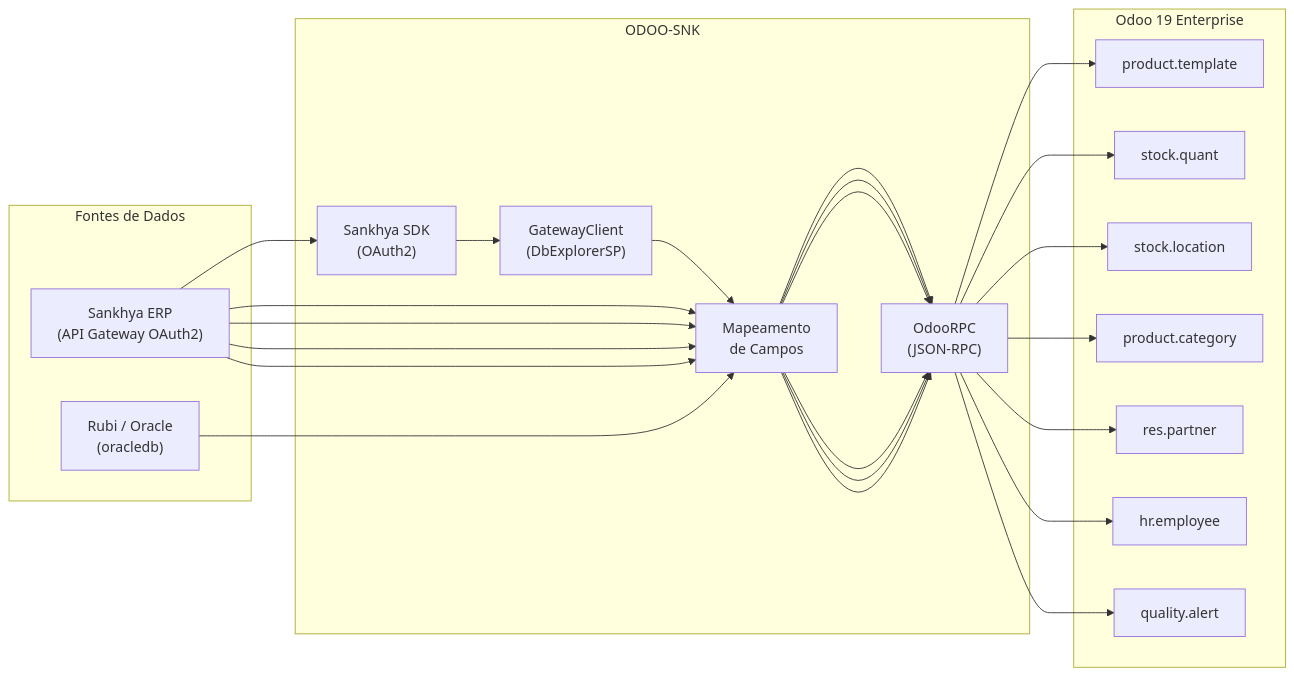
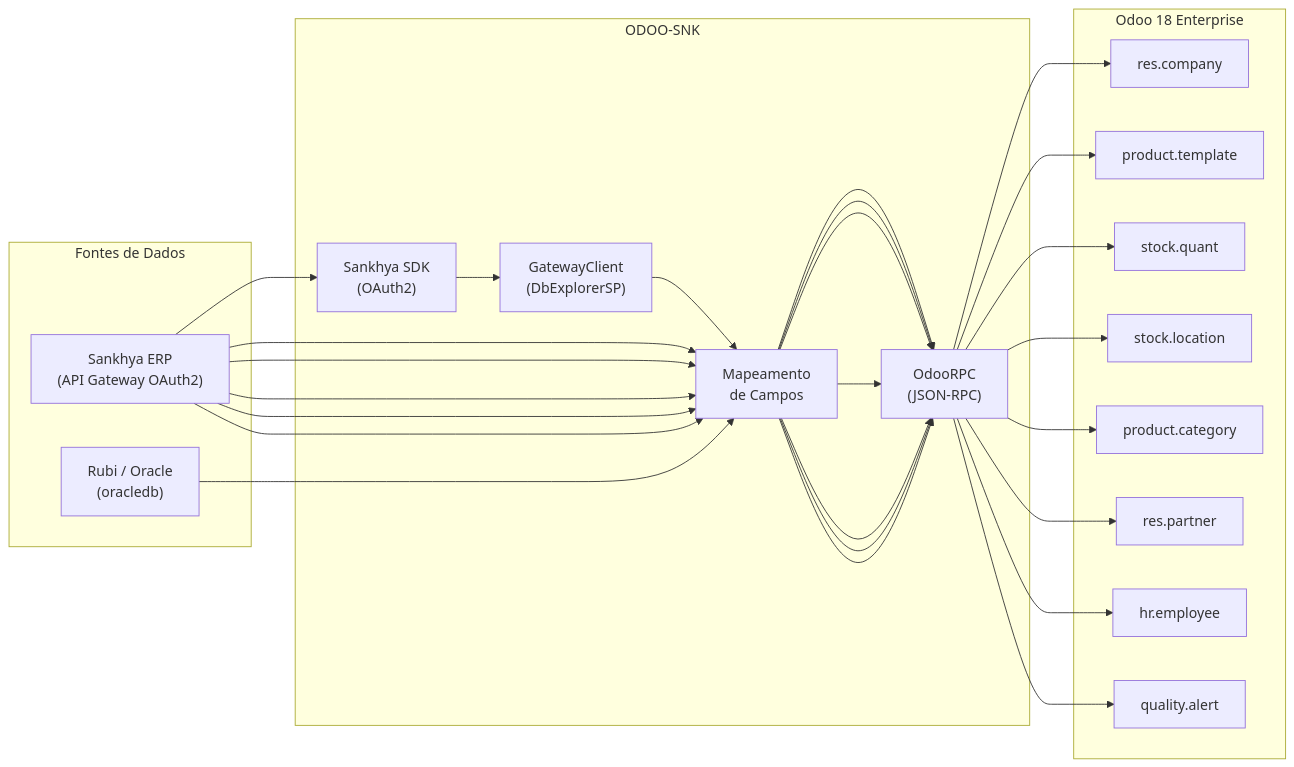
Before and after one commit to ssmvictor/ODOO-SNK: the diagram in docs/arquitetura.md, drawn with Mermaid. The commit also changed other lines of this file and 7 other files, not shown here.

````diff
--- a/docs/arquitetura.md
+++ b/docs/arquitetura.md
@@ -9,32 +9,34 @@
 ```mermaid
 flowchart LR
     subgraph Fontes["Fontes de Dados"]
         SNK["Sankhya ERP\n(API Gateway OAuth2)"]
         ORA["Rubi / Oracle\n(oracledb)"]
     end
 
     subgraph Script["ODOO-SNK"]
         SDK["Sankhya SDK\n(OAuth2)"]
         GW["GatewayClient\n(DbExplorerSP)"]
         MAP["Mapeamento\nde Campos"]
         RPC["OdooRPC\n(JSON-RPC)"]
     end
 
-    subgraph Odoo["Odoo 19 Enterprise"]
+    subgraph Odoo["Odoo 18 Enterprise"]
+        RC["res.company"]
         PT["product.template"]
         SQ["stock.quant"]
         SL["stock.location"]
         PC["product.category"]
         RP["res.partner"]
         HR["hr.employee"]
         QA["quality.alert"]
     end
 
-    SNK --> SDK --> GW --> MAP --> RPC --> PT
+    SNK --> SDK --> GW --> MAP --> RPC --> RC
+    SNK --> MAP --> RPC --> PT
     SNK --> MAP --> RPC --> SQ
     SNK --> MAP --> RPC --> SL
     SNK --> MAP --> RPC --> PC
     SNK --> MAP --> RPC --> RP
     ORA --> MAP --> RPC --> HR
     RPC --> QA
 ```
````
